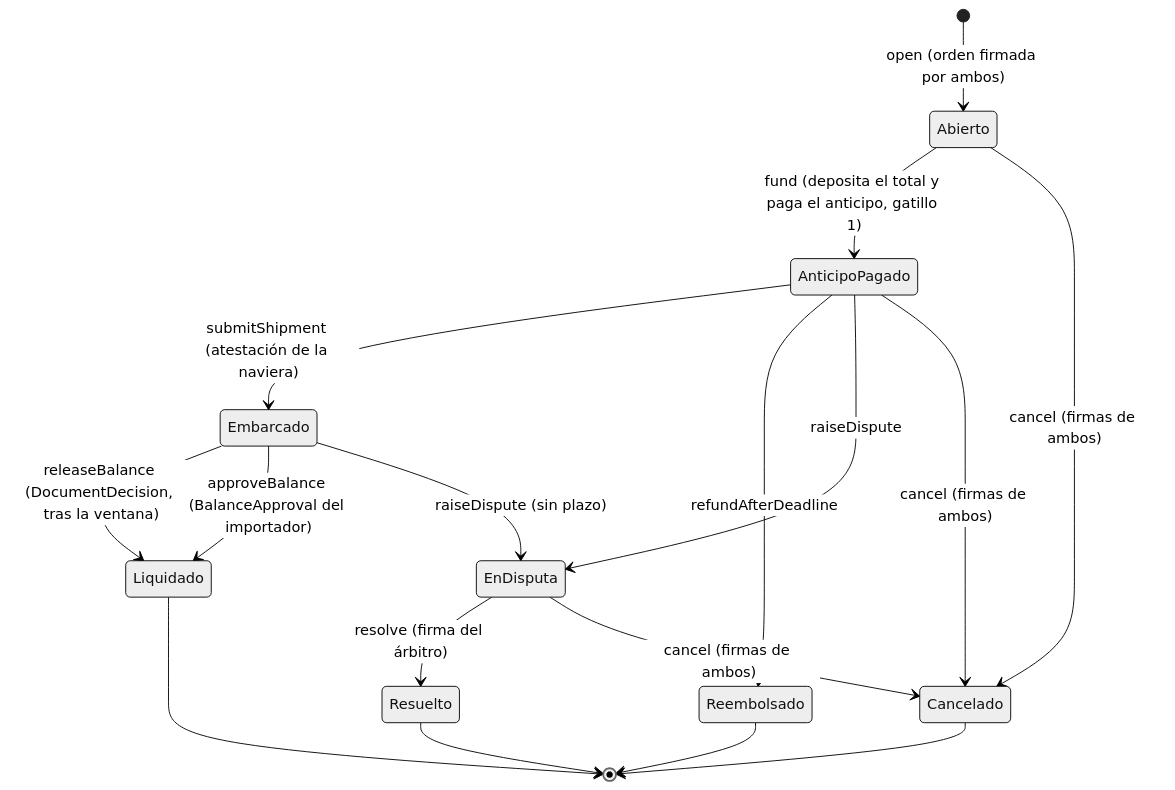
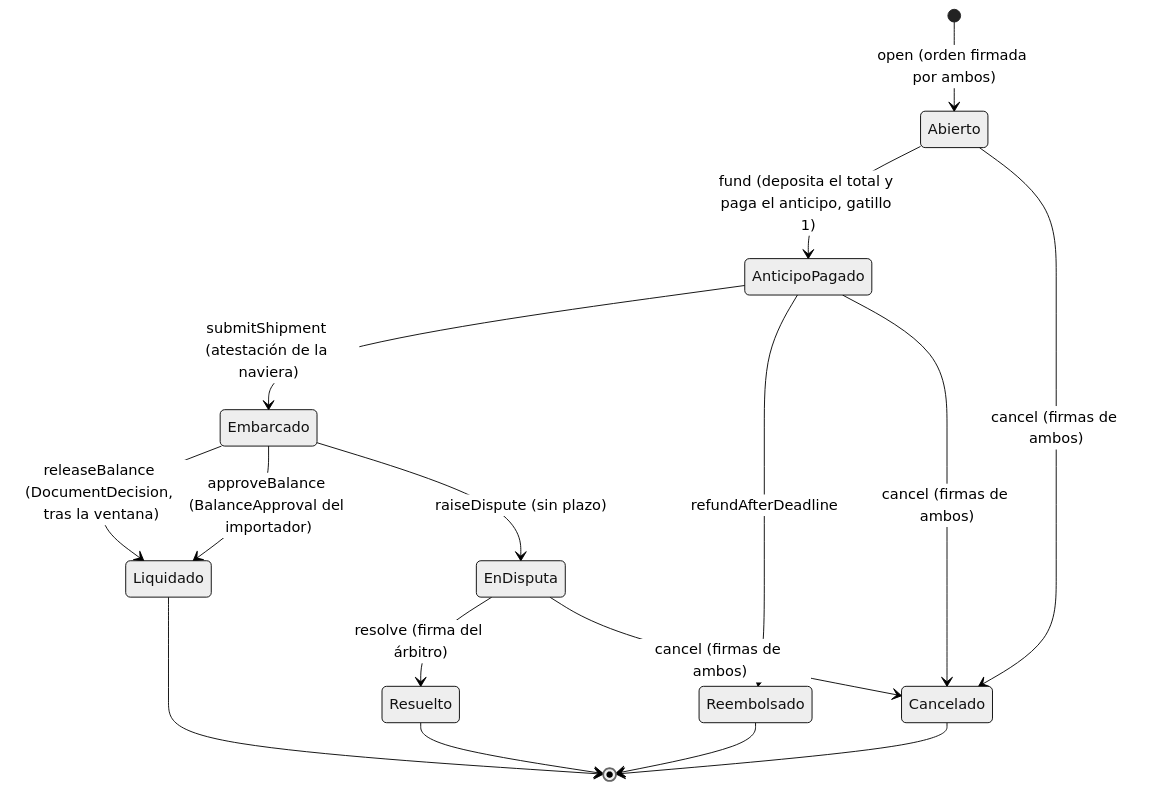
One commit to FinLinkChile/Keel changed the diagram in docs/flujo/estados-del-escrow.md. Above: the diagram before and after it, drawn with Mermaid (neutral theme). The commit also changed other lines of this file and 11 other files, not shown here.

````diff
--- a/docs/flujo/estados-del-escrow.md
+++ b/docs/flujo/estados-del-escrow.md
@@ -10,19 +10,18 @@
 ```mermaid
 stateDiagram-v2
     [*] --> Abierto: open (orden firmada por ambos)
     Abierto --> AnticipoPagado: fund (deposita el total y paga el anticipo, gatillo 1)
     AnticipoPagado --> Embarcado: submitShipment (atestación de la naviera)
     Embarcado --> Liquidado: releaseBalance (DocumentDecision, tras la ventana)
     Embarcado --> Liquidado: approveBalance (BalanceApproval del importador)
     Embarcado --> EnDisputa: raiseDispute (sin plazo)
     AnticipoPagado --> Reembolsado: refundAfterDeadline
-    AnticipoPagado --> EnDisputa: raiseDispute
     EnDisputa --> Resuelto: resolve (firma del árbitro)
     Abierto --> Cancelado: cancel (firmas de ambos)
     AnticipoPagado --> Cancelado: cancel (firmas de ambos)
     EnDisputa --> Cancelado: cancel (firmas de ambos)
     Liquidado --> [*]
     Reembolsado --> [*]
     Resuelto --> [*]
     Cancelado --> [*]
 ```
````
